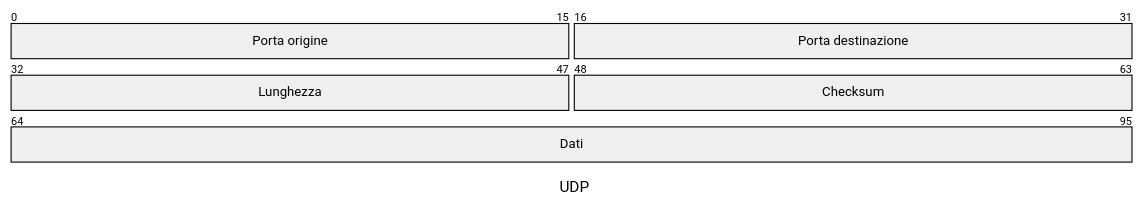
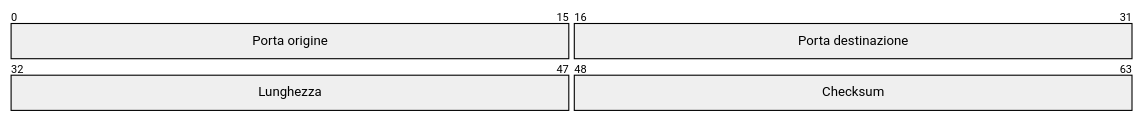
The eighth of 11 diagrams in static/skills/schemi-mermaid-avanzati.md (Terbiz/lectureai), drawn with Mermaid before and after one commit. The commit also changed other lines of this file and 6 other files, not shown here.

````diff
--- a/static/skills/schemi-mermaid-avanzati.md
+++ b/static/skills/schemi-mermaid-avanzati.md
@@ -122,9 +81,7 @@
 ```mermaid
 packet
-title UDP
 +16: "Porta origine"
 +16: "Porta destinazione"
 32-47: "Lunghezza"
 48-63: "Checksum"
-64-95: "Dati"
 ```
````
